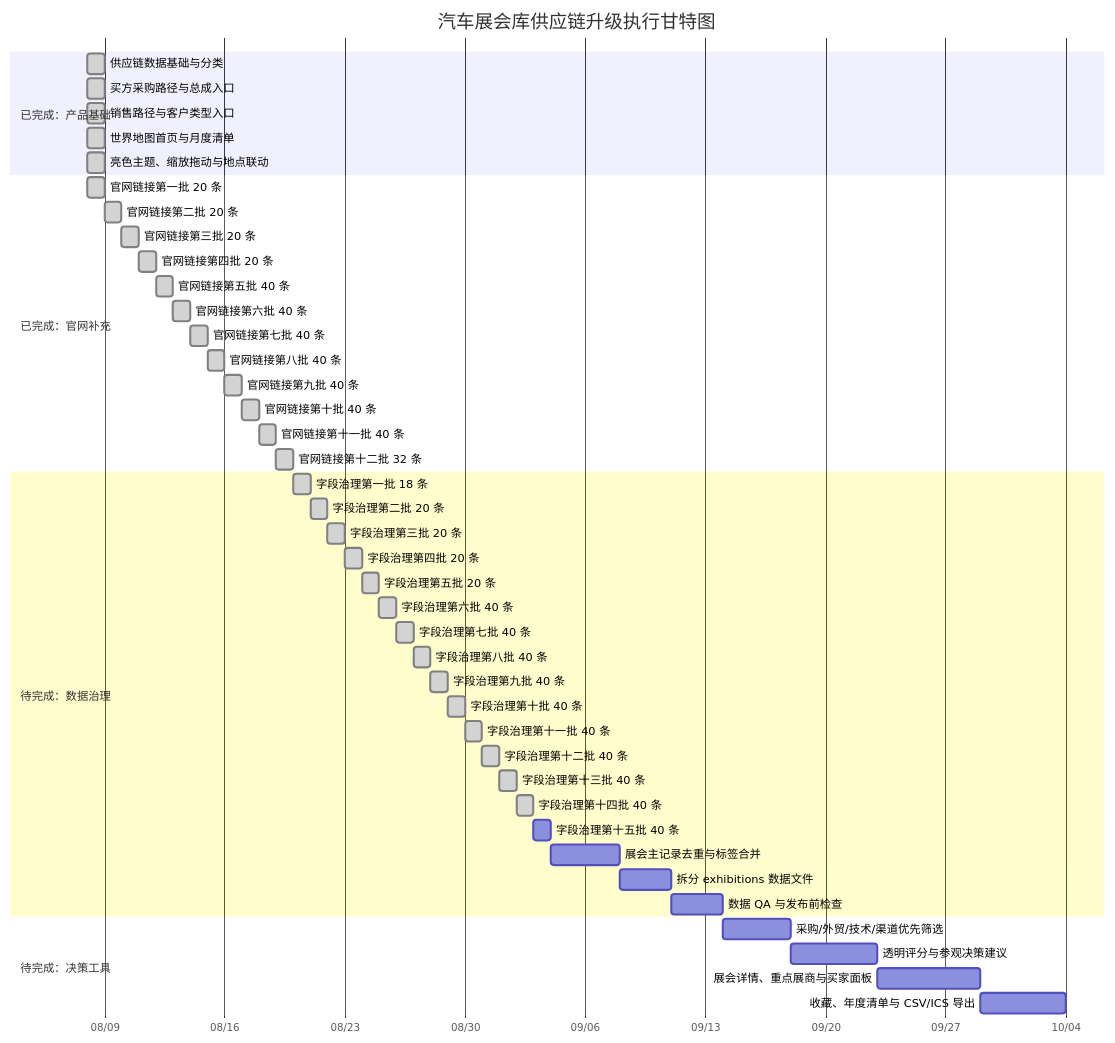
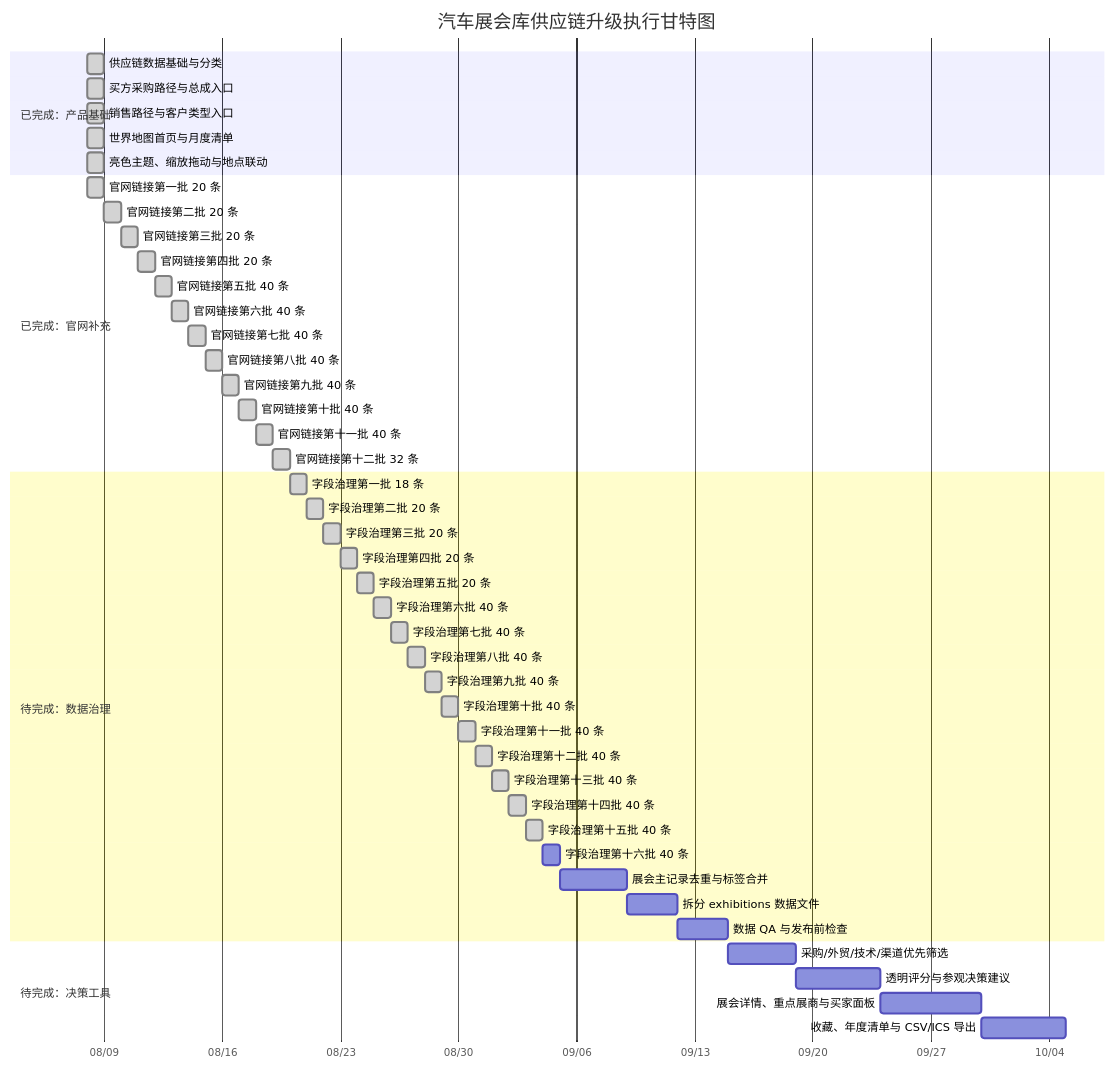
The diagram in docs/PROJECT_PROGRESS.md (Cloudyluk/auto-expo), drawn with Mermaid before and after one commit. The commit also changed other lines of this file and 3 other files, not shown here.

````diff
--- a/docs/PROJECT_PROGRESS.md
+++ b/docs/PROJECT_PROGRESS.md
@@ -20,49 +20,50 @@
 ```mermaid
 gantt
     title 汽车展会库供应链升级执行甘特图
     dateFormat  YYYY-MM-DD
     axisFormat  %m/%d
     section 已完成：产品基础
     供应链数据基础与分类             :done, foundation, 2026-08-08, 1d
     买方采购路径与总成入口           :done, buyer, 2026-08-08, 1d
     销售路径与客户类型入口           :done, seller, 2026-08-08, 1d
     世界地图首页与月度清单           :done, map, 2026-08-08, 1d
     亮色主题、缩放拖动与地点联动     :done, interaction, 2026-08-08, 1d
     section 已完成：官网补充
     官网链接第一批 20 条             :done, links1, 2026-08-08, 1d
     官网链接第二批 20 条             :done, links2, after links1, 1d
     官网链接第三批 20 条             :done, links3, after links2, 1d
     官网链接第四批 20 条             :done, links4, after links3, 1d
     官网链接第五批 40 条             :done, links5done, after links4, 1d
     官网链接第六批 40 条             :done, links6done, after links5done, 1d
     官网链接第七批 40 条             :done, links7done, after links6done, 1d
     官网链接第八批 40 条             :done, links8done, after links7done, 1d
     官网链接第九批 40 条             :done, links9done, after links8done, 1d
     官网链接第十批 40 条             :done, links10done, after links9done, 1d
     官网链接第十一批 40 条           :done, links11done, after links10done, 1d
     官网链接第十二批 32 条           :done, links12done, after links11done, 1d
     section 待完成：数据治理
     字段治理第一批 18 条             :done, fields1, after links12done, 1d
     字段治理第二批 20 条             :done, fields2, after fields1, 1d
     字段治理第三批 20 条             :done, fields3, after fields2, 1d
     字段治理第四批 20 条             :done, fields4, after fields3, 1d
     字段治理第五批 20 条             :done, fields5, after fields4, 1d
     字段治理第六批 40 条             :done, fields6, after fields5, 1d
     字段治理第七批 40 条             :done, fields7, after fields6, 1d
     字段治理第八批 40 条             :done, fields8, after fields7, 1d
     字段治理第九批 40 条             :done, fields9, after fields8, 1d
     字段治理第十批 40 条             :done, fields10, after fields9, 1d
     字段治理第十一批 40 条           :done, fields11, after fields10, 1d
     字段治理第十二批 40 条           :done, fields12, after fields11, 1d
     字段治理第十三批 40 条           :done, fields13, after fields12, 1d
     字段治理第十四批 40 条           :done, fields14, after fields13, 1d
-    字段治理第十五批 40 条           :fields15, after fields14, 1d
-    展会主记录去重与标签合并         :dedupe, after fields15, 4d
+    字段治理第十五批 40 条           :done, fields15, after fields14, 1d
+    字段治理第十六批 40 条           :fields16, after fields15, 1d
+    展会主记录去重与标签合并         :dedupe, after fields16, 4d
     拆分 exhibitions 数据文件        :split, after dedupe, 3d
     数据 QA 与发布前检查              :qa, after split, 3d
     section 待完成：决策工具
     采购/外贸/技术/渠道优先筛选       :filters, after qa, 4d
     透明评分与参观决策建议           :score, after filters, 5d
     展会详情、重点展商与买家面板      :detail, after score, 6d
     收藏、年度清单与 CSV/ICS 导出     :plan, after detail, 5d
 ```
````
